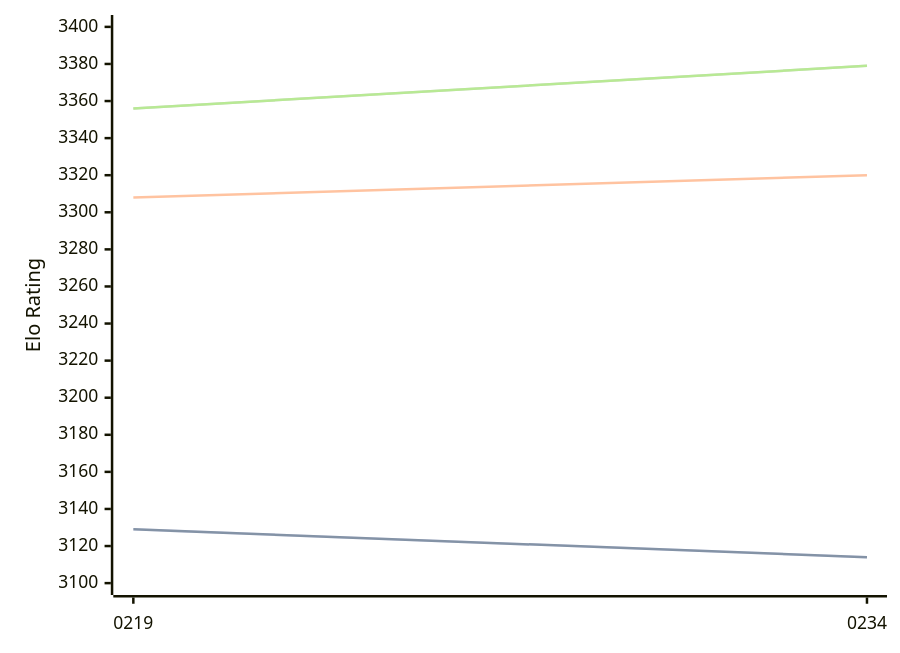
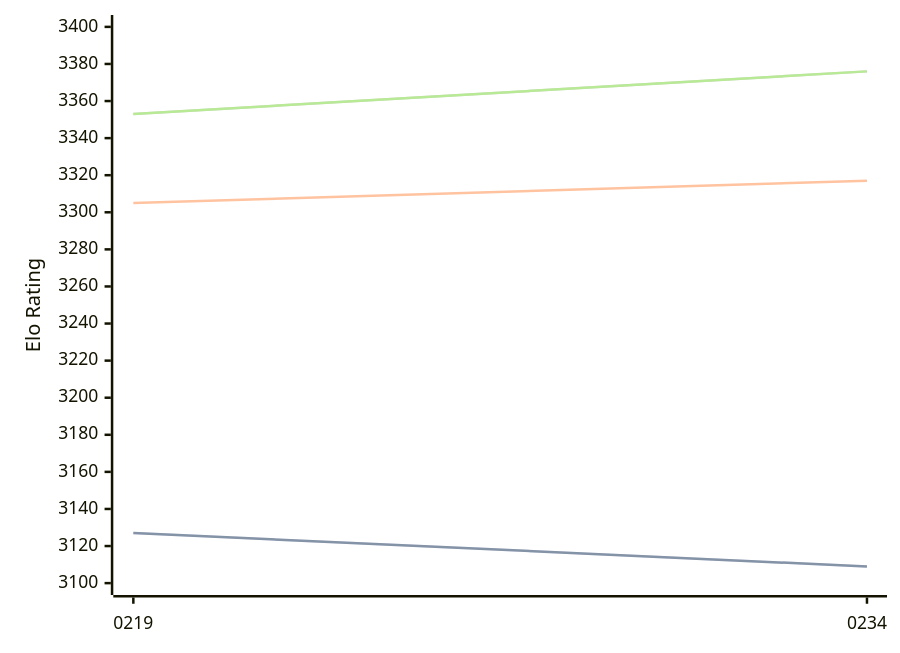
The diagram in engines/Ynode.md (computer-chess-index/cci), drawn with Mermaid before and after one commit. The commit also changed other lines of this file, not shown here.

Commit message:
Update CCI Ratings (ELO VLTC) - 2026-06-08

````diff
--- a/engines/Ynode.md
+++ b/engines/Ynode.md
@@ -39,11 +39,11 @@
 ```mermaid
 %%{init: {"theme":"base","themeVariables":{"seriesColors:['#a3a3a3','#222221','#faa371']}}}%%
 xychart-beta
   x-axis ["0219", "0234"]
   y-axis "Elo Rating" 3100 --> 3400
-  line "STC (8.0+0.08s)" [3129, 3114]
-  line "STC (8.0+0.08s)" [3129, 3114]
-  line "LTC (60.0+0.60s)" [3308, 3320]
-  line "VLTC (2m24s+1.12s)" [3356, 3379]
-  line "VLTC (2m24s+1.12s)" [3356, 3379]
+  line "STC (8.0+0.08s)" [3127, 3109]
+  line "STC (8.0+0.08s)" [3127, 3109]
+  line "LTC (60.0+0.60s)" [3305, 3317]
+  line "VLTC (2m24s+1.12s)" [3353, 3376]
+  line "VLTC (2m24s+1.12s)" [3353, 3376]
 ```
````
